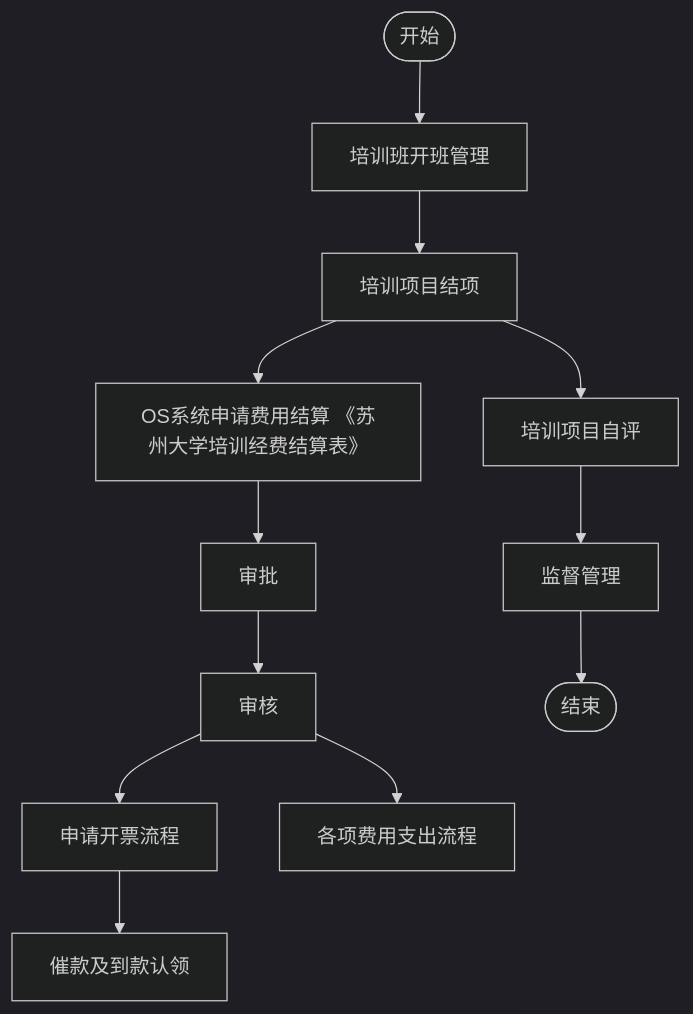
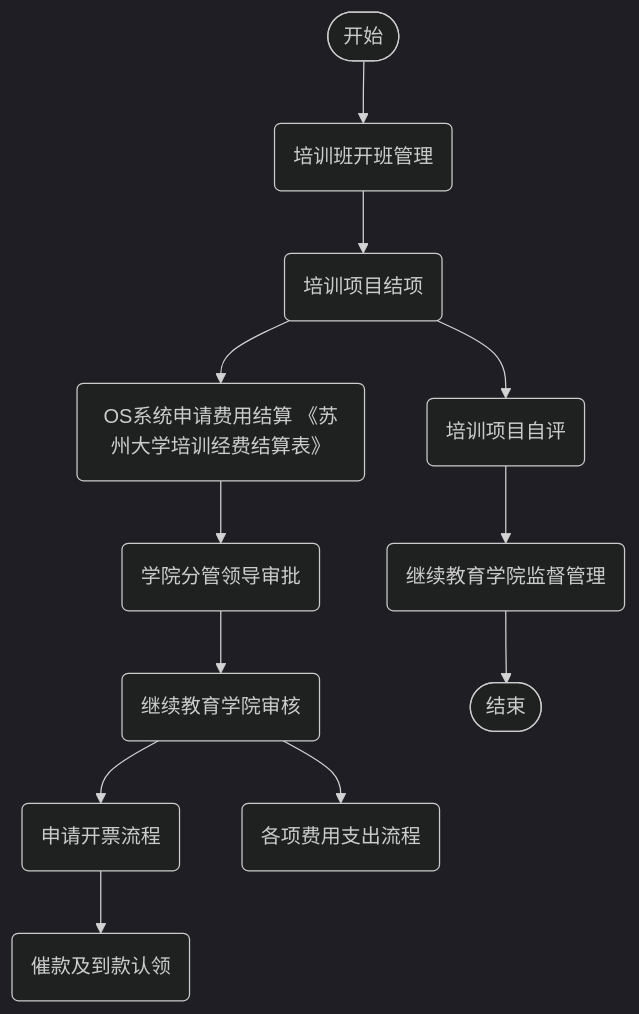
One commit to AmyIvan/work1 changed the diagram in outline2flow/mmd_outputs/page_7.mmd. Above: the diagram before and after it, drawn with Mermaid (dark theme). The commit also changed 138 other files, not shown here.

```diff
--- a/outline2flow/mmd_outputs/page_7.mmd
+++ b/outline2flow/mmd_outputs/page_7.mmd
@@ -1,12 +1,12 @@
 flowchart TD
-    Start(["开始"]) --> A[培训班开班管理]
-    A --> B[培训项目结项]
-    B --> C[OS系统申请费用结算 《苏州大学培训经费结算表》]
-    C --> D[审批]
-    D --> E[审核]
-    E --> F[申请开票流程]
-    F --> G[催款及到款认领]
-    E --> H[各项费用支出流程]
-    B --> I[培训项目自评]
-    I --> J[监督管理]
-    J --> End(["结束"])
+    Start(["开始"]) --> Node1("培训班开班管理")
+    Node1 --> Node2("培训项目结项")
+    Node2 --> Node3("OS系统申请费用结算 《苏州大学培训经费结算表》")
+    Node3 --> Node4("学院分管领导审批")
+    Node4 --> Node5("继续教育学院审核")
+    Node5 --> Node6("申请开票流程")
+    Node6 --> Node7("催款及到款认领")
+    Node5 --> Node8("各项费用支出流程")
+    Node2 --> Node9("培训项目自评")
+    Node9 --> Node10("继续教育学院监督管理")
+    Node10 --> End(["结束"])
```
